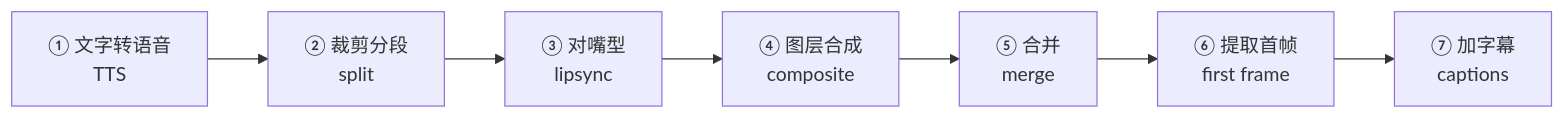
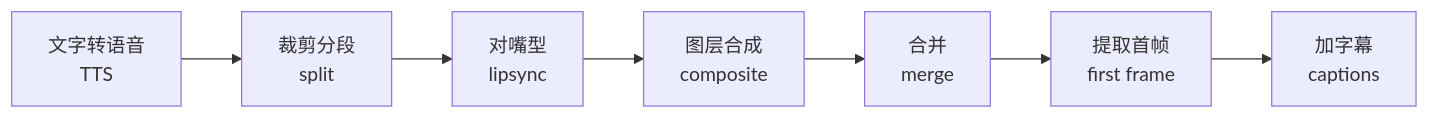
Before and after one commit to dongjb741280/digital-human-server: the second of 2 diagrams in docs/promotion.md, drawn with Mermaid.

Commit message:
docs: 修复流水线 mermaid 图圆圈数字导致的词法错误

````diff
--- a/docs/promotion.md
+++ b/docs/promotion.md
@@ -58,9 +58,9 @@
 ```mermaid
 flowchart LR
-    A[① 文字转语音<br/>TTS] --> B[② 裁剪分段<br/>split]
-    B --> C[③ 对嘴型<br/>lipsync]
-    C --> D[④ 图层合成<br/>composite]
-    D --> E[⑤ 合并<br/>merge]
-    E --> F[⑥ 提取首帧<br/>first frame]
-    F --> G[⑦ 加字幕<br/>captions]
+    A[文字转语音<br/>TTS] --> B[裁剪分段<br/>split]
+    B --> C[对嘴型<br/>lipsync]
+    C --> D[图层合成<br/>composite]
+    D --> E[合并<br/>merge]
+    E --> F[提取首帧<br/>first frame]
+    F --> G[加字幕<br/>captions]
 ```
````
